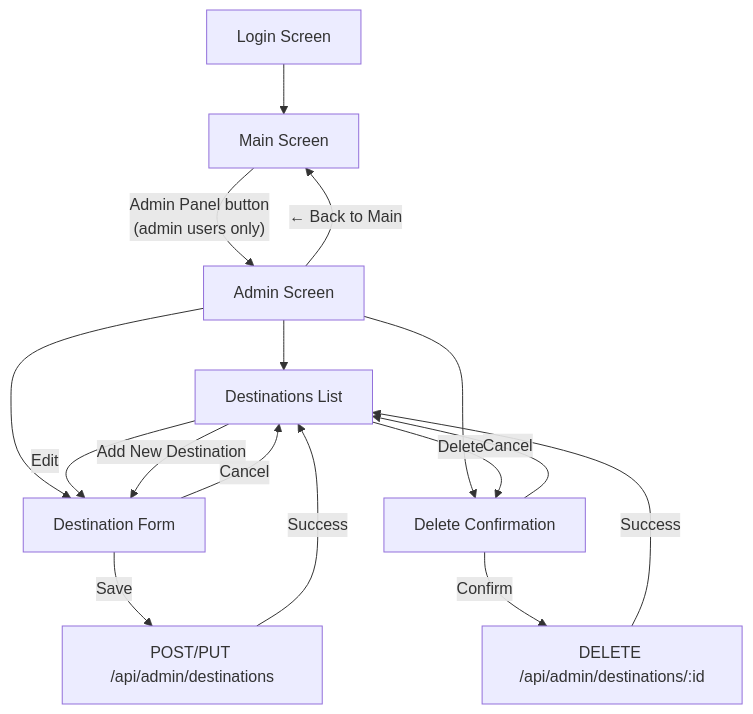
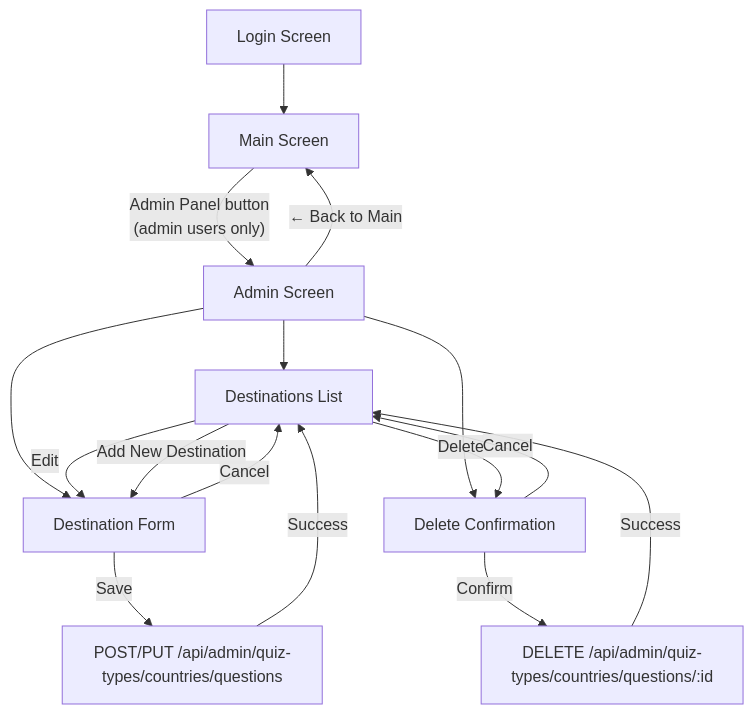
Before and after one commit to fylke/quizzler: the first of 2 diagrams in docs/admin_page.md, drawn with Mermaid. The commit also changed other lines of this file and 10 other files, not shown here.

Commit message:
Consolidate admin routes and quiz session state

````diff
--- a/docs/admin_page.md
+++ b/docs/admin_page.md
@@ -7,22 +7,22 @@
 ```mermaid
 flowchart TD
     Login[Login Screen] --> Main[Main Screen]
     Main -->|"Admin Panel button<br>(admin users only)"| Admin[Admin Screen]
     Admin -->|"← Back to Main"| Main
 
     Admin --> List[Destinations List]
     Admin --> Form[Destination Form]
     Admin --> Dialog[Delete Confirmation]
 
     List -->|"Edit"| Form
     List -->|"Delete"| Dialog
     List -->|"Add New Destination"| Form
 
-    Form -->|"Save"| API_Write[POST/PUT /api/admin/destinations]
+    Form -->|"Save"| API_Write[POST/PUT /api/admin/quiz-types/countries/questions]
     Form -->|"Cancel"| List
-    Dialog -->|"Confirm"| API_Delete[DELETE /api/admin/destinations/:id]
+    Dialog -->|"Confirm"| API_Delete[DELETE /api/admin/quiz-types/countries/questions/:id]
     Dialog -->|"Cancel"| List
 
     API_Write -->|"Success"| List
     API_Delete -->|"Success"| List
 ```
````
